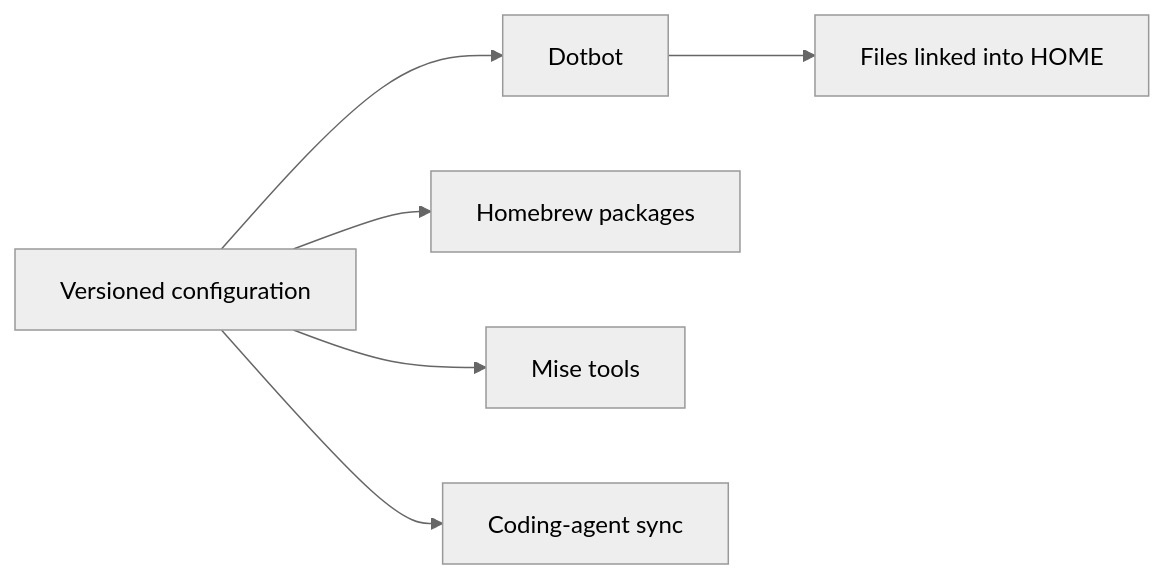
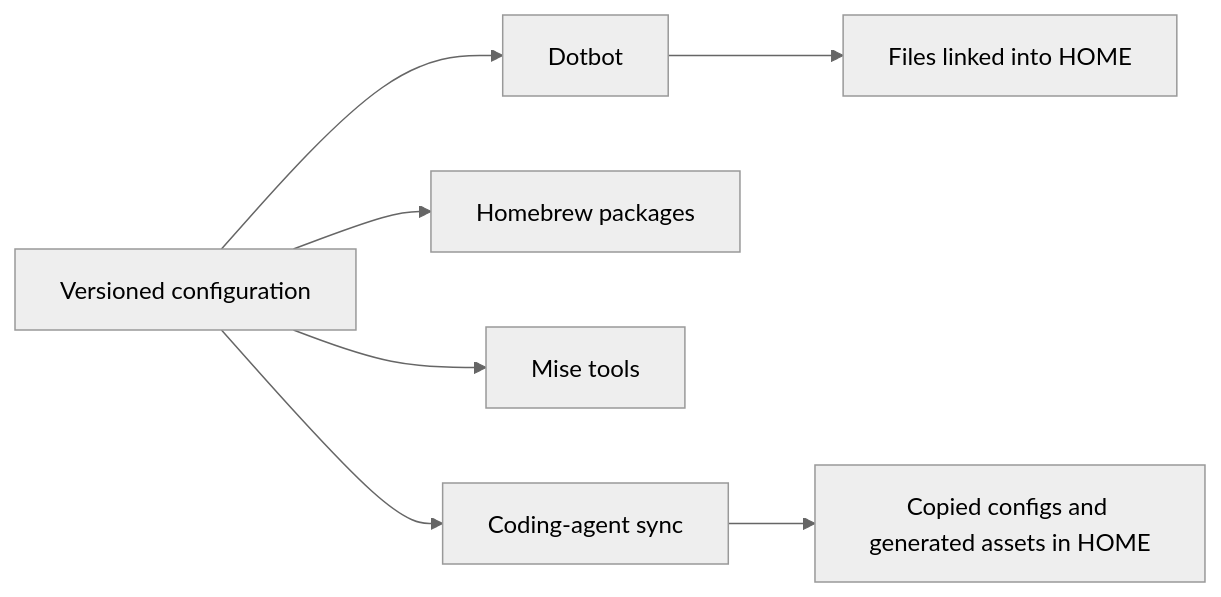
The diagram in README.md (waldoibarra/dotfiles), drawn with Mermaid (neutral theme) before and after one commit. The commit also changed other lines of this file, not shown here.

````diff
--- a/README.md
+++ b/README.md
@@ -27,8 +27,9 @@
 ```mermaid
 flowchart LR
     Repo[Versioned configuration] --> Dotbot[Dotbot]
     Dotbot --> Home[Files linked into HOME]
     Repo --> Brew[Homebrew packages]
     Repo --> Mise[Mise tools]
     Repo --> Agents[Coding-agent sync]
+    Agents --> Local[Copied configs and generated assets in HOME]
 ```
````
